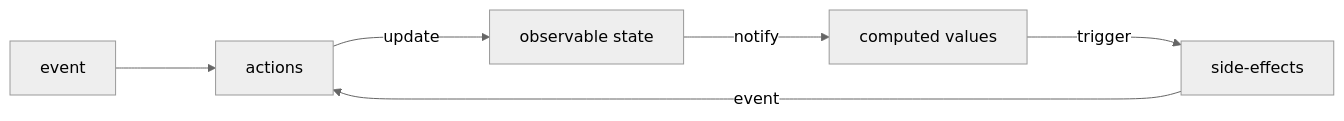
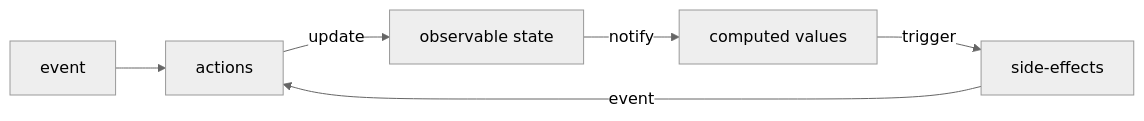
One commit to Wh0ami-hy/Wh0ami-hy.github.io changed the first of 2 diagrams in _posts/2024-09-06-Mobx入门.md. Above: the diagram before and after it, drawn with Mermaid (neutral theme). The commit also changed other lines of this file and 3 other files, not shown here.

````diff
--- a/_posts/2024-09-06-Mobx入门.md
+++ b/_posts/2024-09-06-Mobx入门.md
@@ -56,8 +56,8 @@
 ```mermaid
 flowchart LR
-    D["event"] ---> n1["actions"]
-    n1 --->|update| n2["observable state"]
-    n2 --->|notify| n3["computed values"]
-    n3 --->|trigger| n4["side-effects"]
-    n4 --->|event| n1
+    D["event"] --> n1["actions"]
+    n1 -->|update| n2["observable state"]
+    n2 -->|notify| n3["computed values"]
+    n3 -->|trigger| n4["side-effects"]
+    n4 -->|event| n1
 ```
````
